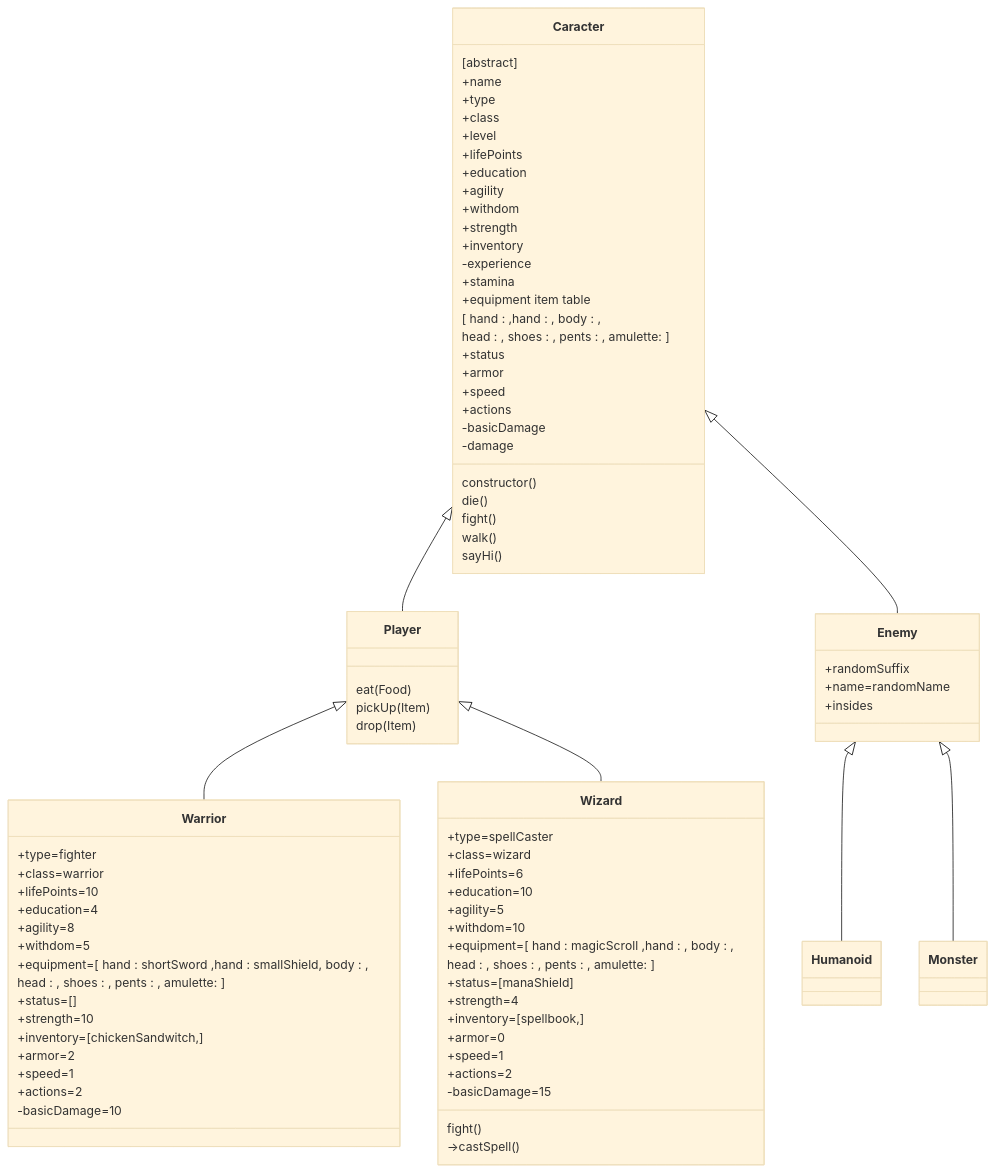
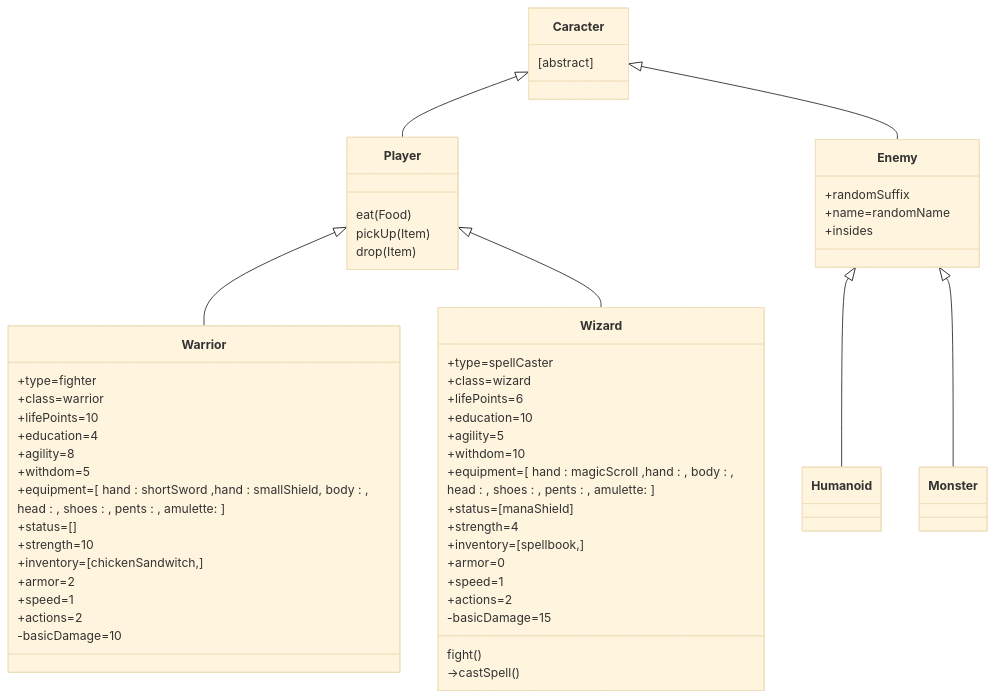
The first of 2 diagrams in docs/DonjonAndDragons/classDiagram.md (AugustinPech/Java_cours_campus), drawn with Mermaid (base theme) before and after one commit. The commit also changed 27 other files, not shown here.

```diff
--- a/docs/DonjonAndDragons/classDiagram.md
+++ b/docs/DonjonAndDragons/classDiagram.md
@@ -6,32 +6,7 @@
             +insides
         }
         class Caracter {[abstract]
-            +name
-            +type
-            +class
-            +level
-            +lifePoints
-            +education
-            +agility
-            +withdom
-            +strength
-            +inventory
-            -experience
-            +stamina
-            +equipment item table
-            [ hand : ,hand : , body : ,
-            head : , shoes : , pents : , amulette: ]
-            +status
-            +armor
-            +speed
-            +actions
-            -basicDamage
-            -damage
-            constructor()
-            die()
-            fight()
-            walk()
-            sayHi()
+           
             }
         Caracter <|-- Player
         Player <|-- Warrior
```
